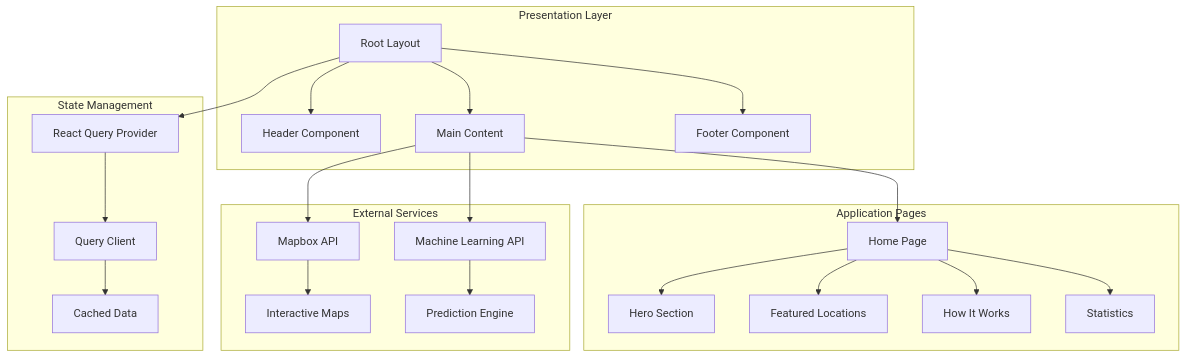
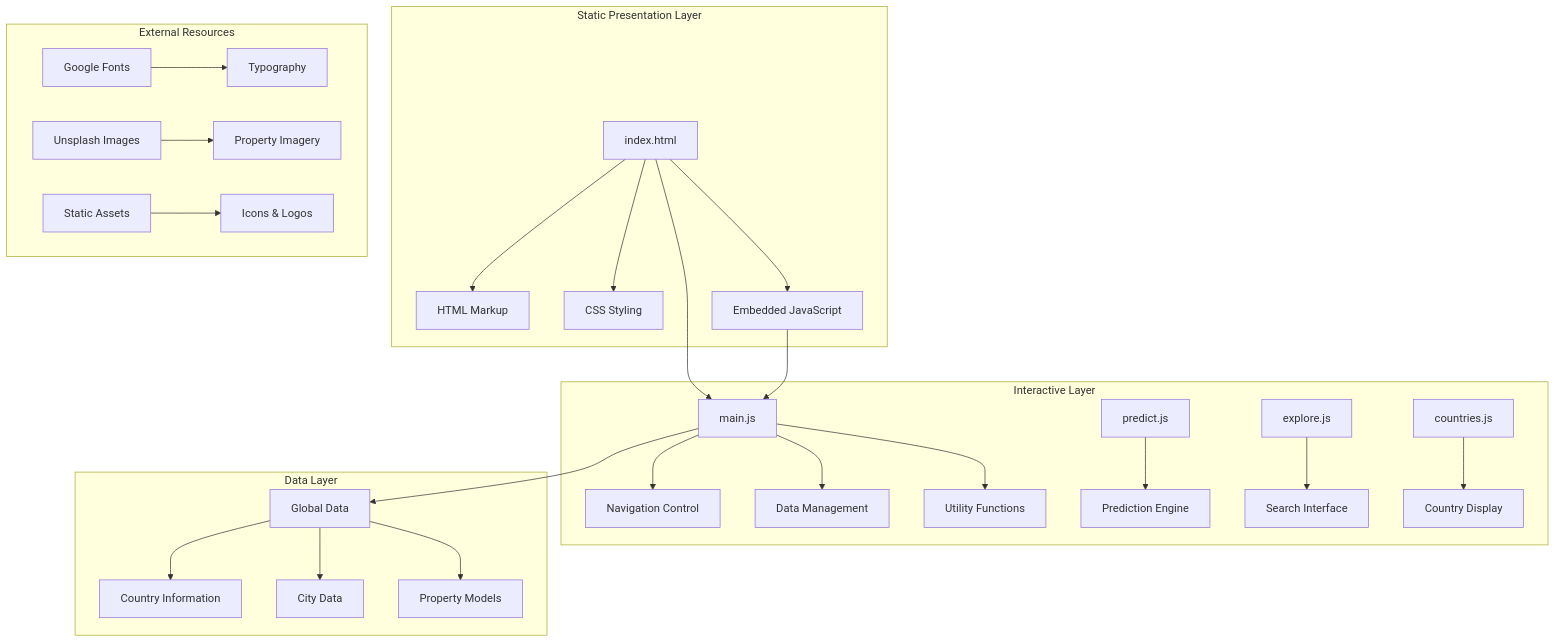
Before and after one commit to tashkirrr/housing-price-prediction: the second of 6 diagrams in .qoder/repowiki/en/content/Web Application/Next.js Project Structure.md, drawn with Mermaid. The commit also changed other lines of this file and 5 other files, not shown here.

````diff
--- a/.qoder/repowiki/en/content/Web Application/Next.js Project Structure.md
+++ b/.qoder/repowiki/en/content/Web Application/Next.js Project Structure.md
@@ -84,26 +110,29 @@
 ```mermaid
 graph TB
-subgraph "Presentation Layer"
-A[Root Layout] --> B[Header Component]
-A --> C[Main Content]
-A --> D[Footer Component]
+subgraph "Static Presentation Layer"
+A[index.html] --> B[HTML Markup]
+A --> C[CSS Styling]
+A --> D[Embedded JavaScript]
 end
-subgraph "State Management"
-E[React Query Provider] --> F[Query Client]
-F --> G[Cached Data]
+subgraph "Interactive Layer"
+E[main.js] --> F[Navigation Control]
+E --> G[Data Management]
+E --> H[Utility Functions]
+I[predict.js] --> J[Prediction Engine]
+K[explore.js] --> L[Search Interface]
+M[countries.js] --> N[Country Display]
 end
-subgraph "Application Pages"
-H[Home Page] --> I[Hero Section]
-H --> J[Featured Locations]
-H --> K[How It Works]
-H --> L[Statistics]
+subgraph "Data Layer"
+O[Global Data] --> P[Country Information]
+O --> Q[City Data]
+O --> R[Property Models]
 end
-subgraph "External Services"
-M[Mapbox API] --> N[Interactive Maps]
-O[Machine Learning API] --> P[Prediction Engine]
+subgraph "External Resources"
+S[Google Fonts] --> T[Typography]
+U[Unsplash Images] --> V[Property Imagery]
+W[Static Assets] --> X[Icons & Logos]
 end
+E --> O
 A --> E
-C --> H
-C --> M
-C --> O
+D --> E
 ```
````
